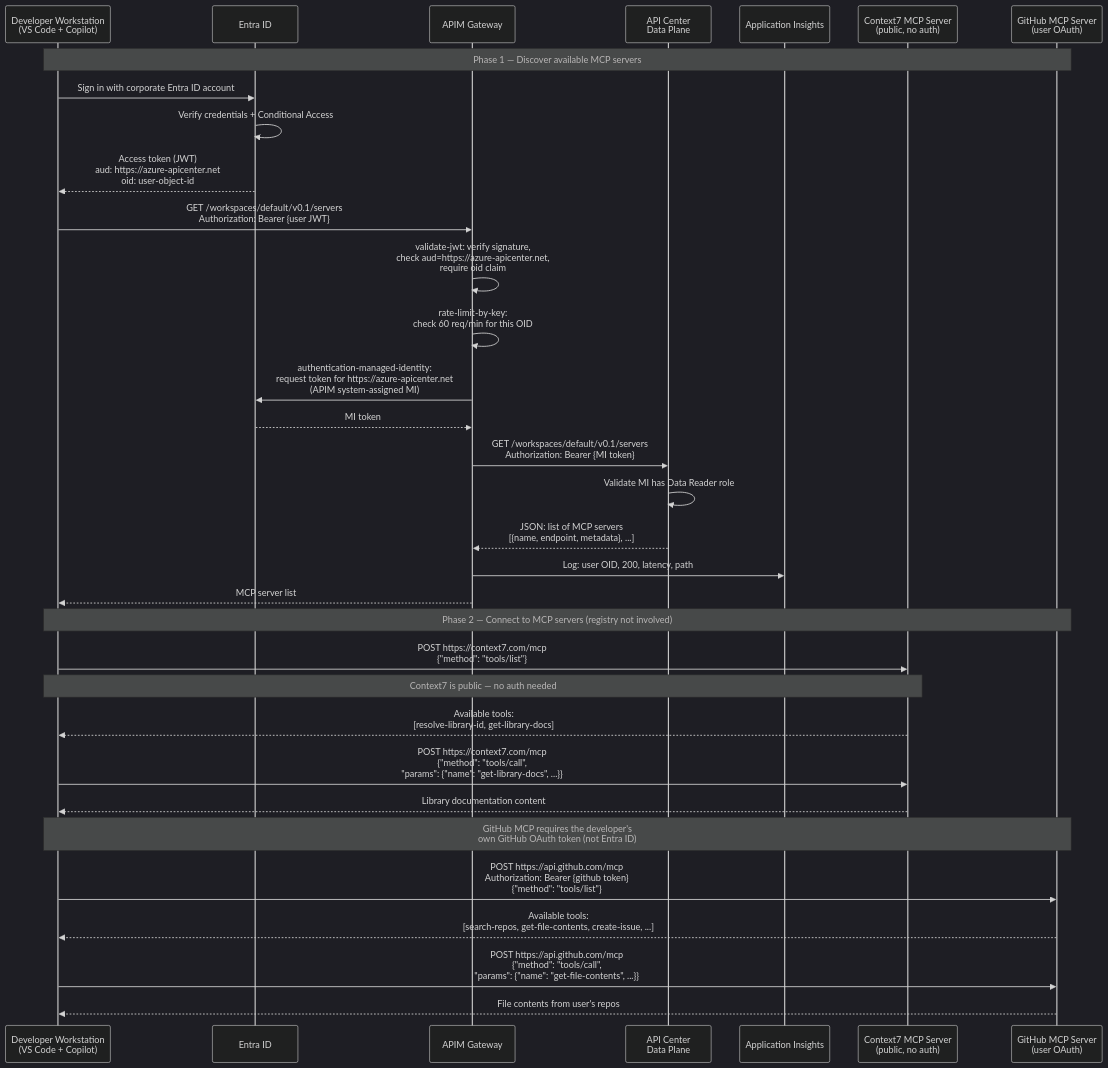
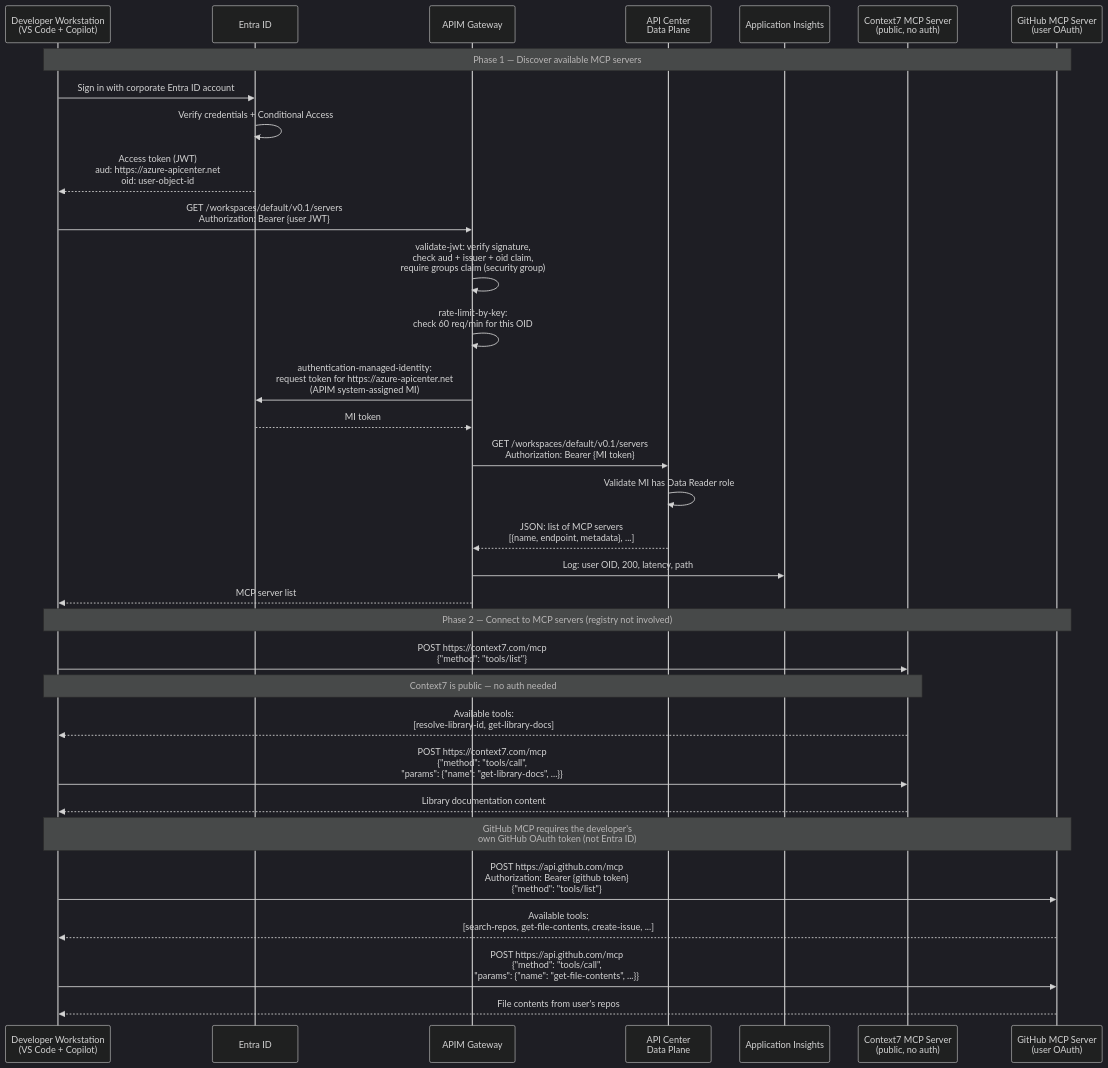
One commit to resnickio/az-mcp-registry changed the third of 9 diagrams in architecture.md. Above: the diagram before and after it, drawn with Mermaid (dark theme). The commit also changed other lines of this file and 8 other files, not shown here.

````diff
--- a/architecture.md
+++ b/architecture.md
@@ -150,48 +150,48 @@
 ```mermaid
 sequenceDiagram
     participant Dev as Developer Workstation<br/>(VS Code + Copilot)
     participant EID as Entra ID
     participant APIM as APIM Gateway
     participant APIC as API Center<br/>Data Plane
     participant APPI as Application Insights
     participant MCP1 as Context7 MCP Server<br/>(public, no auth)
     participant MCP2 as GitHub MCP Server<br/>(user OAuth)
 
     Note over Dev,MCP2: Phase 1 — Discover available MCP servers
 
     Dev->>EID: Sign in with corporate Entra ID account
     EID->>EID: Verify credentials + Conditional Access
     EID-->>Dev: Access token (JWT)<br/>aud: https://azure-apicenter.net<br/>oid: user-object-id
 
     Dev->>APIM: GET /workspaces/default/v0.1/servers<br/>Authorization: Bearer {user JWT}
 
-    APIM->>APIM: validate-jwt: verify signature,<br/>check aud=https://azure-apicenter.net,<br/>require oid claim
+    APIM->>APIM: validate-jwt: verify signature,<br/>check aud + issuer + oid claim,<br/>require groups claim (security group)
 
     APIM->>APIM: rate-limit-by-key:<br/>check 60 req/min for this OID
 
     APIM->>EID: authentication-managed-identity:<br/>request token for https://azure-apicenter.net<br/>(APIM system-assigned MI)
     EID-->>APIM: MI token
 
     APIM->>APIC: GET /workspaces/default/v0.1/servers<br/>Authorization: Bearer {MI token}
     APIC->>APIC: Validate MI has Data Reader role
     APIC-->>APIM: JSON: list of MCP servers<br/>[{name, endpoint, metadata}, ...]
 
     APIM->>APPI: Log: user OID, 200, latency, path
     APIM-->>Dev: MCP server list
 
     Note over Dev,MCP2: Phase 2 — Connect to MCP servers (registry not involved)
 
     Dev->>MCP1: POST https://context7.com/mcp<br/>{"method": "tools/list"}
     Note over Dev,MCP1: Context7 is public — no auth needed
     MCP1-->>Dev: Available tools:<br/>[resolve-library-id, get-library-docs]
 
     Dev->>MCP1: POST https://context7.com/mcp<br/>{"method": "tools/call",<br/>"params": {"name": "get-library-docs", ...}}
     MCP1-->>Dev: Library documentation content
 
     Note over Dev,MCP2: GitHub MCP requires the developer's<br/>own GitHub OAuth token (not Entra ID)
     Dev->>MCP2: POST https://api.github.com/mcp<br/>Authorization: Bearer {github token}<br/>{"method": "tools/list"}
     MCP2-->>Dev: Available tools:<br/>[search-repos, get-file-contents, create-issue, ...]
 
     Dev->>MCP2: POST https://api.github.com/mcp<br/>{"method": "tools/call",<br/>"params": {"name": "get-file-contents", ...}}
     MCP2-->>Dev: File contents from user's repos
 ```
````
